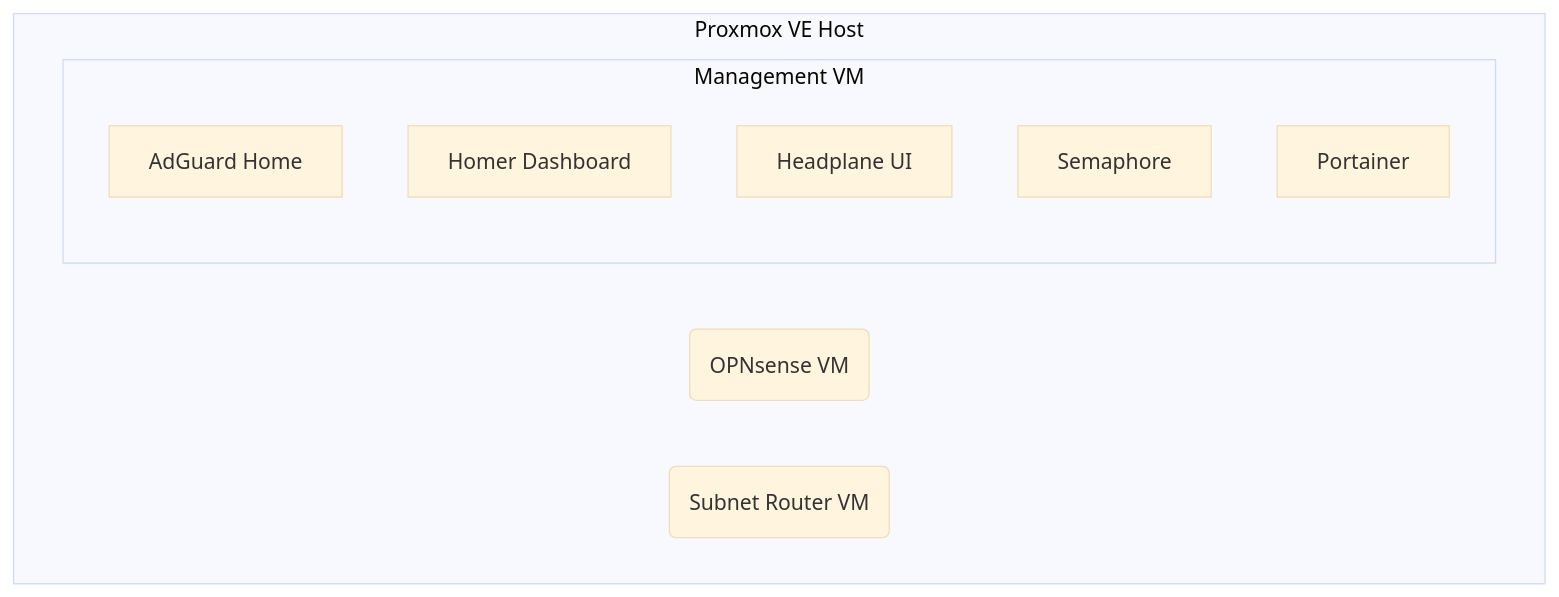
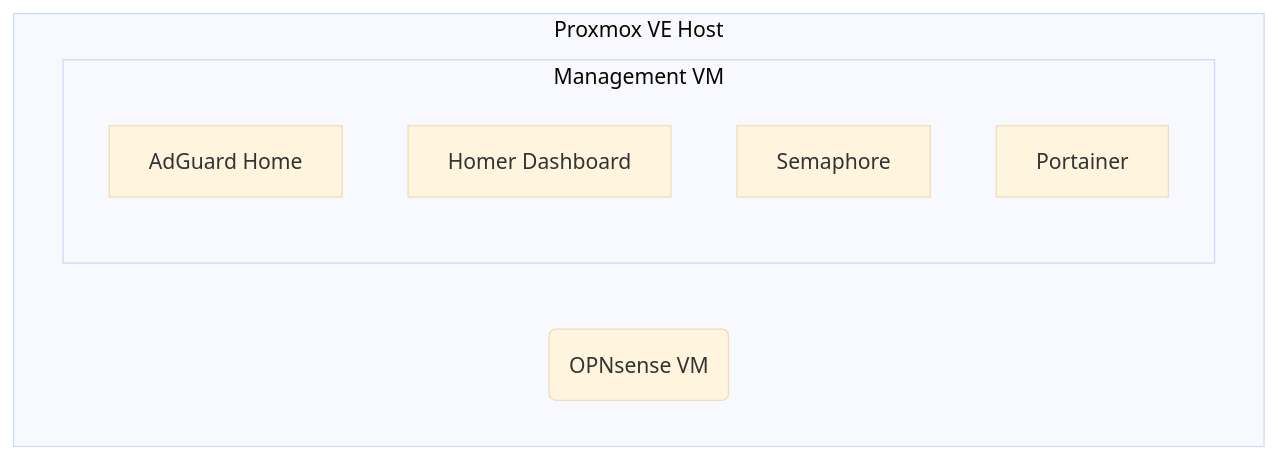
The diagram in README.md (Rasped/privatebox), drawn with Mermaid (base theme) before and after one commit. The commit also changed other lines of this file and 22 other files, not shown here.

First line of the commit message:
Remove entire VPN stack (Headscale, Headplane, Subnet Router)

````diff
--- a/README.md
+++ b/README.md
@@ -27,15 +27,13 @@
 ```mermaid
 graph TD
     subgraph Proxmox VE Host
         A(OPNsense VM);
-        B(Subnet Router VM);
         subgraph Management VM
             direction TB
             D[AdGuard Home];
             E[Homer Dashboard];
-            F[Headplane UI];
             G[Semaphore];
             H[Portainer];
         end
     end
 ```
````
